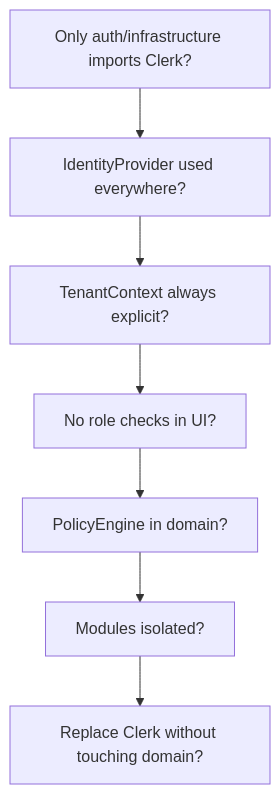
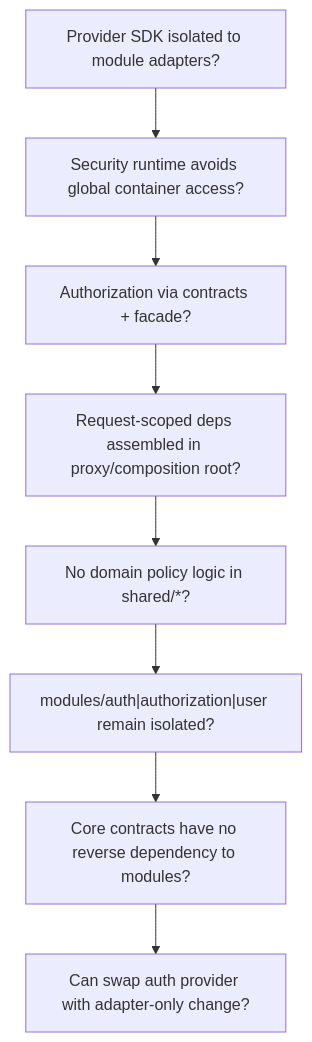
Before and after one commit to wmitrus/nextjs-16-boilerplate: the diagram in docs/architecture/07 - Enterprise Grade Check Graph.mmd, drawn with Mermaid. The commit also changed 6 other files, not shown here.

First line of the commit message:
docs(architecture): update dependency graphs and traceability notes

```diff
--- a/docs/architecture/07 - Enterprise Grade Check Graph.mmd
+++ b/docs/architecture/07 - Enterprise Grade Check Graph.mmd
@@ -1,11 +1,14 @@
 flowchart TD
+%% Traceability checks map to: src/proxy.ts, src/security/middleware/with-auth.ts, src/security/core/security-context.ts
+%% and contracts/adapters: src/core/contracts/*, src/modules/auth/infrastructure/*, src/modules/{authorization,user}/*
 
-A["Only auth/infrastructure imports Clerk?"]
-B["IdentityProvider used everywhere?"]
-C["TenantContext always explicit?"]
-D["No role checks in UI?"]
-E["PolicyEngine in domain?"]
-F["Modules isolated?"]
-G["Replace Clerk without touching domain?"]
+A["Provider SDK isolated to module adapters?"]
+B["Security runtime avoids global container access?"]
+C["Authorization via contracts + facade?"]
+D["Request-scoped deps assembled in proxy/composition root?"]
+E["No domain policy logic in shared/*?"]
+F["modules/auth|authorization|user remain isolated?"]
+G["Core contracts have no reverse dependency to modules?"]
+H["Can swap auth provider with adapter-only change?"]
 
-A --> B --> C --> D --> E --> F --> G
+A --> B --> C --> D --> E --> F --> G --> H
```
